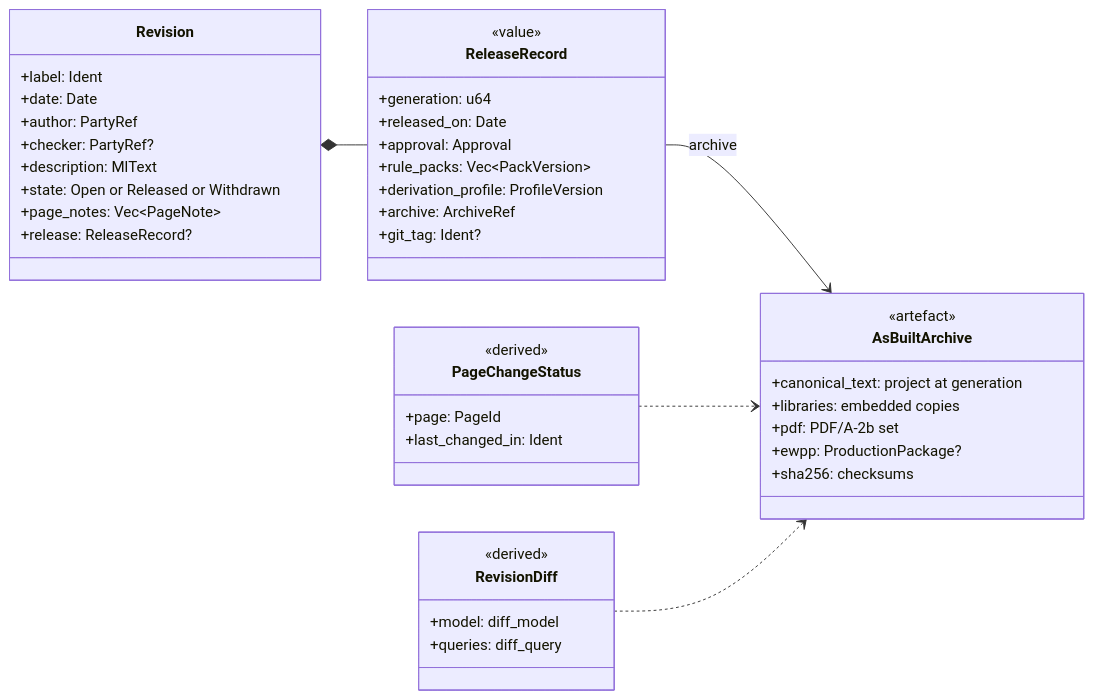
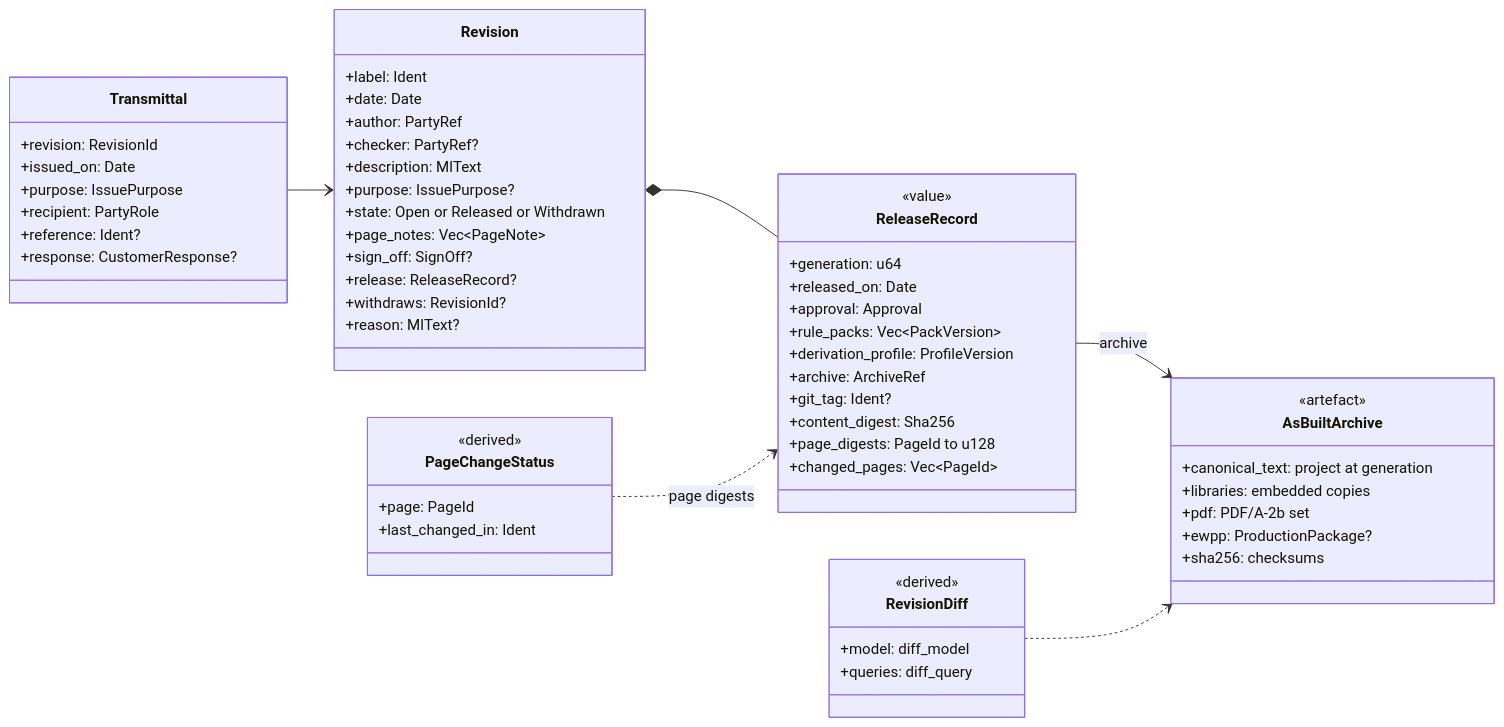
Before and after one commit to Ironkode787/ElektraWatt: diagram 19 of 20 in docs/design/03-domain-model.md, drawn with Mermaid. The commit also changed other lines of this file and 51 other files, not shown here.

````diff
--- a/docs/design/03-domain-model.md
+++ b/docs/design/03-domain-model.md
@@ -1818,46 +1964,62 @@
 ```mermaid
 classDiagram
   direction LR
   class Revision {
     +label: Ident
     +date: Date
     +author: PartyRef
     +checker: PartyRef?
     +description: MlText
+    +purpose: IssuePurpose?
     +state: Open or Released or Withdrawn
     +page_notes: Vec~PageNote~
+    +sign_off: SignOff?
     +release: ReleaseRecord?
+    +withdraws: RevisionId?
+    +reason: MlText?
   }
   class ReleaseRecord {
     <<value>>
     +generation: u64
     +released_on: Date
     +approval: Approval
     +rule_packs: Vec~PackVersion~
     +derivation_profile: ProfileVersion
     +archive: ArchiveRef
     +git_tag: Ident?
+    +content_digest: Sha256
+    +page_digests: PageId to u128
+    +changed_pages: Vec~PageId~
+  }
+  class Transmittal {
+    +revision: RevisionId
+    +issued_on: Date
+    +purpose: IssuePurpose
+    +recipient: PartyRole
+    +reference: Ident?
+    +response: CustomerResponse?
   }
   class AsBuiltArchive {
     <<artefact>>
     +canonical_text: project at generation
     +libraries: embedded copies
     +pdf: PDF/A-2b set
     +ewpp: ProductionPackage?
     +sha256: checksums
   }
   class PageChangeStatus {
     <<derived>>
     +page: PageId
     +last_changed_in: Ident
   }
   class RevisionDiff {
     <<derived>>
     +model: diff_model
     +queries: diff_query
   }
   Revision *-- ReleaseRecord
+  Transmittal --> Revision
   ReleaseRecord --> AsBuiltArchive : archive
-  PageChangeStatus ..> AsBuiltArchive
+  PageChangeStatus ..> ReleaseRecord : page digests
   RevisionDiff ..> AsBuiltArchive
 ```
````
